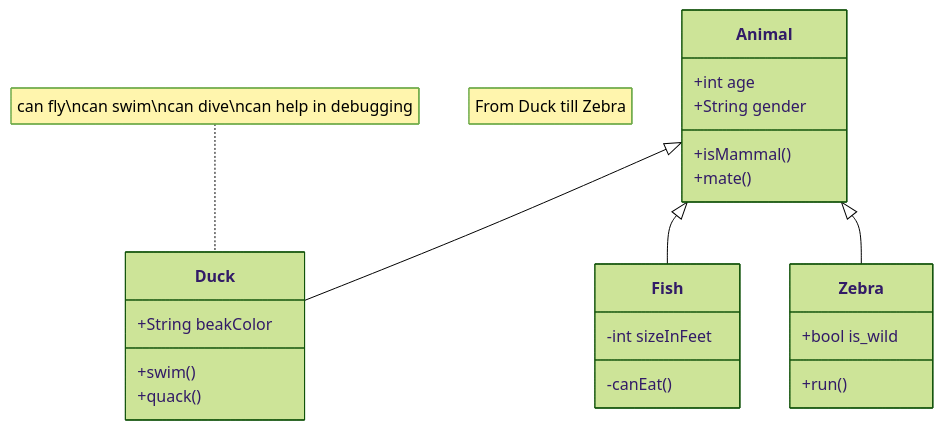
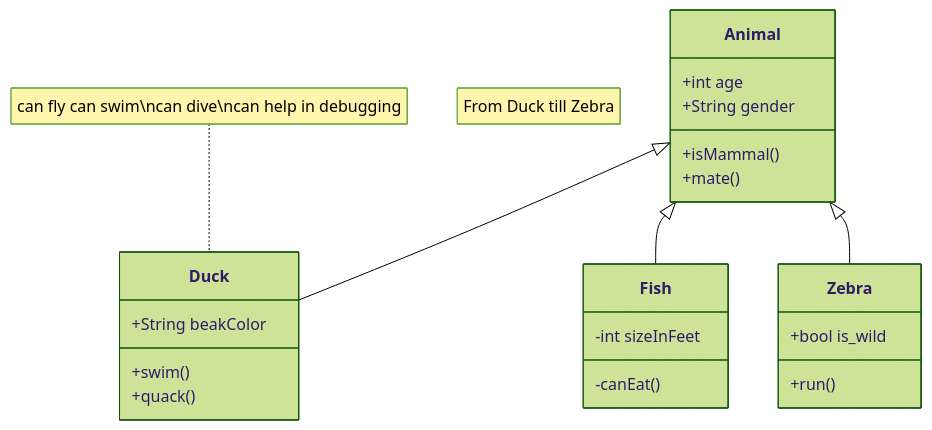
One commit to tohhongxiang/astro-blog changed the first of 2 diagrams in src/collections/notes/not-machine-learning/one-new-file.md. Above: the diagram before and after it, drawn with Mermaid (forest theme).

Commit message:
test: Trigger rebuild

````diff
--- a/src/collections/notes/not-machine-learning/one-new-file.md
+++ b/src/collections/notes/not-machine-learning/one-new-file.md
@@ -22,25 +22,25 @@
 ```mermaid
 classDiagram
     note "From Duck till Zebra"
     Animal <|-- Duck
-    note for Duck "can fly\ncan swim\ncan dive\ncan help in debugging"
+    note for Duck "can fly can swim\ncan dive\ncan help in debugging"
     Animal <|-- Fish
     Animal <|-- Zebra
     Animal : +int age
     Animal : +String gender
     Animal: +isMammal()
     Animal: +mate()
     class Duck{
         +String beakColor
         +swim()
         +quack()
     }
     class Fish{
         -int sizeInFeet
         -canEat()
     }
     class Zebra{
         +bool is_wild
         +run()
     }
 ```
````
